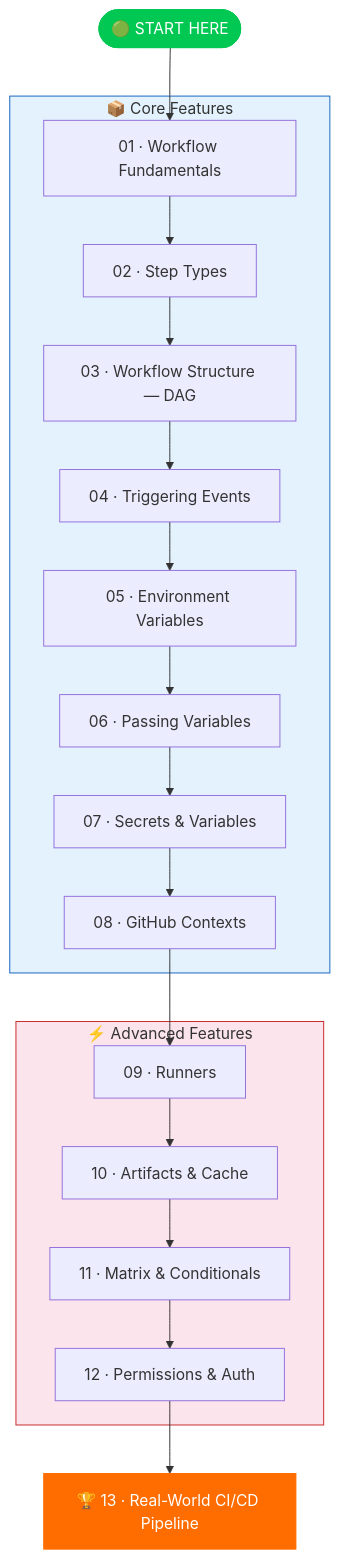
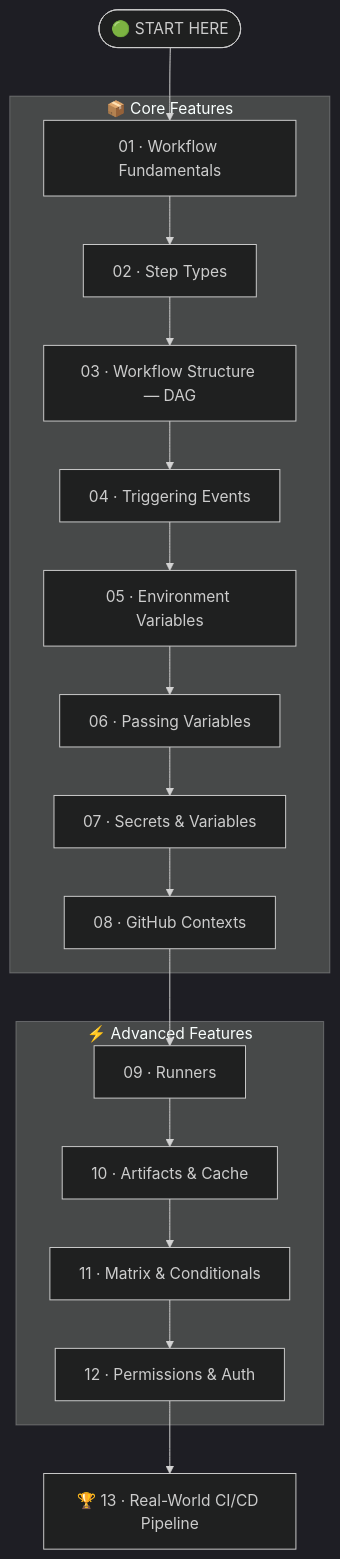
The first of 2 diagrams in README.md (vishutyagi0210/github-ci-cd-with-labs), drawn with Mermaid before and after one commit. The commit also changed other lines of this file and 13 other files, not shown here.

Commit message:
fix: switch all mermaid diagrams to dark theme for better readability

````diff
--- a/README.md
+++ b/README.md
@@ -10,34 +10,31 @@
 ```mermaid
+%%{init: {"theme": "dark"}}%%
 graph TD
     START([🟢 START HERE]) --> M01
 
     subgraph CORE["📦 Core Features"]
         M01["01 · Workflow Fundamentals"]
         M02["02 · Step Types"]
         M03["03 · Workflow Structure — DAG"]
         M04["04 · Triggering Events"]
         M05["05 · Environment Variables"]
         M06["06 · Passing Variables"]
         M07["07 · Secrets & Variables"]
         M08["08 · GitHub Contexts"]
     end
 
     subgraph ADV["⚡ Advanced Features"]
         M09["09 · Runners"]
         M10["10 · Artifacts & Cache"]
         M11["11 · Matrix & Conditionals"]
         M12["12 · Permissions & Auth"]
     end
 
     M13["🏆 13 · Real-World CI/CD Pipeline"]
 
     M01 --> M02 --> M03 --> M04
     M04 --> M05 --> M06 --> M07 --> M08
     M08 --> M09 --> M10 --> M11 --> M12
     M12 --> M13
 
-    style START fill:#00c853,stroke:#00c853,color:#fff
-    style M13 fill:#ff6d00,stroke:#ff6d00,color:#fff
-    style CORE fill:#e3f2fd,stroke:#1565c0
-    style ADV fill:#fce4ec,stroke:#c62828
 ```
````
